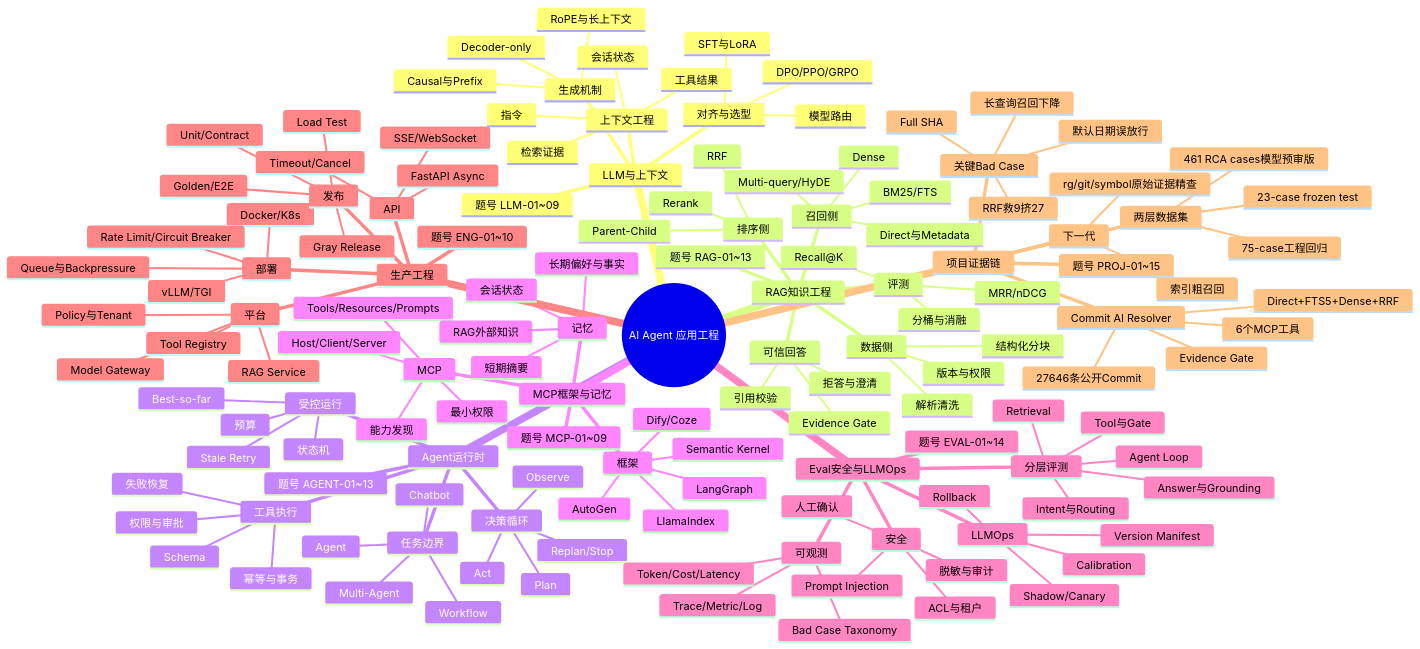
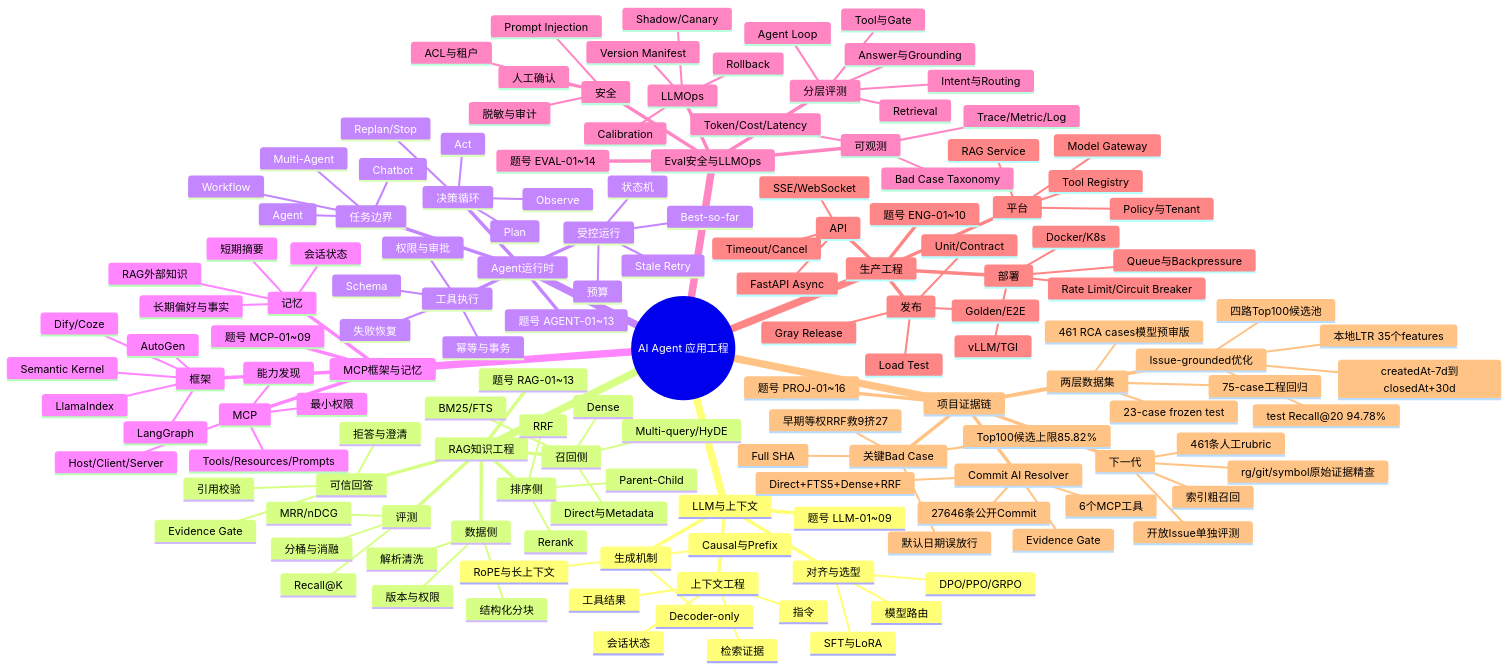
Before and after one commit to 4g0Ni/job-final: the first of 2 diagrams in AI知识地图/AI-Agent知识思维导图.md, drawn with Mermaid. The commit also changed 14 other files, not shown here.

````diff
--- a/AI知识地图/AI-Agent知识思维导图.md
+++ b/AI知识地图/AI-Agent知识思维导图.md
@@ -139,12 +139,19 @@
         23-case frozen test
         461 RCA cases模型预审版
       关键Bad Case
-        RRF救9挤27
-        长查询召回下降
+        早期等权RRF救9挤27
+        Top100候选上限85.82%
         Full SHA
         默认日期误放行
+      Issue-grounded优化
+        createdAt-7d到closedAt+30d
+        四路Top100候选池
+        本地LTR 35个features
+        test Recall@20 94.78%
       下一代
+        461条人工rubric
+        开放Issue单独评测
         索引粗召回
         rg/git/symbol原始证据精查
-      题号 PROJ-01~15
+      题号 PROJ-01~16
 ```
````
